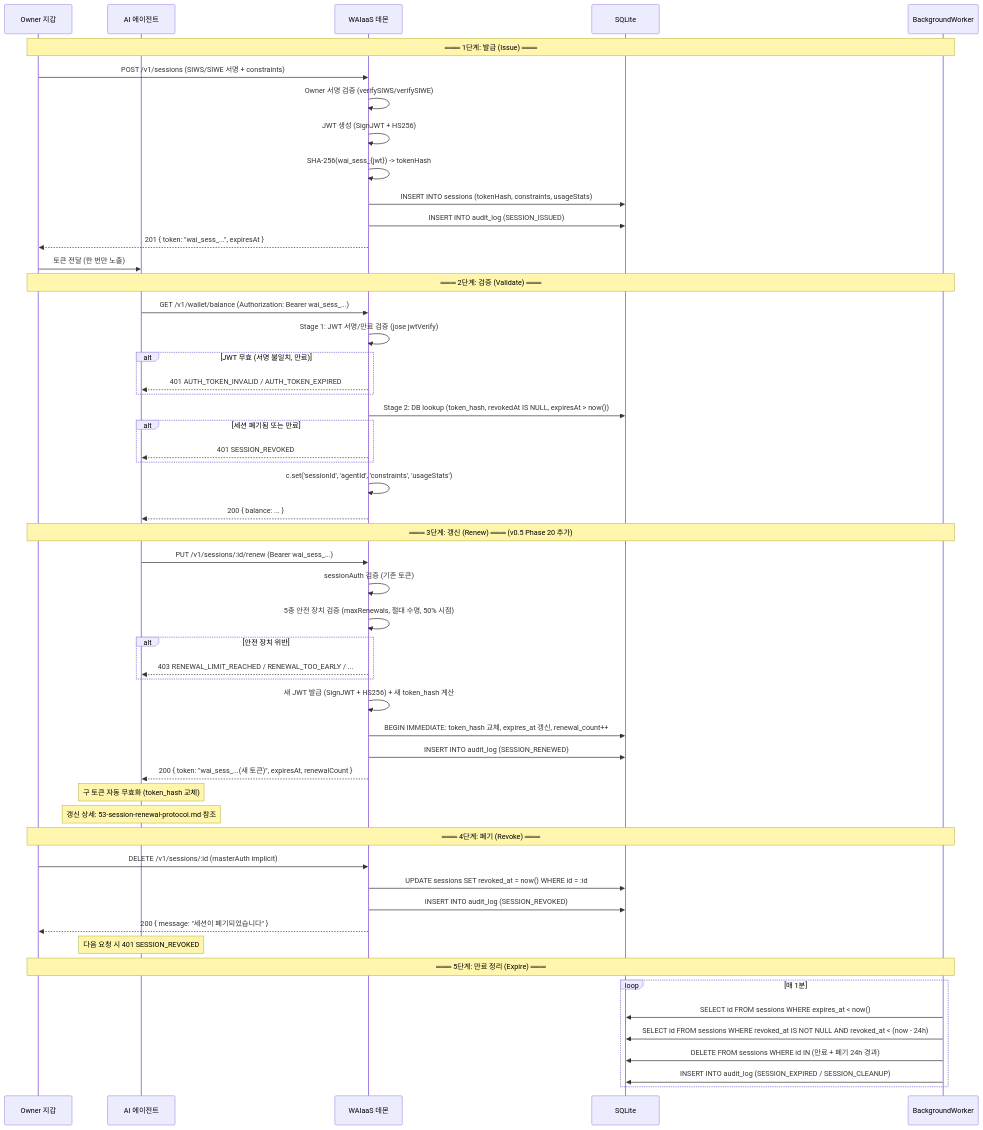
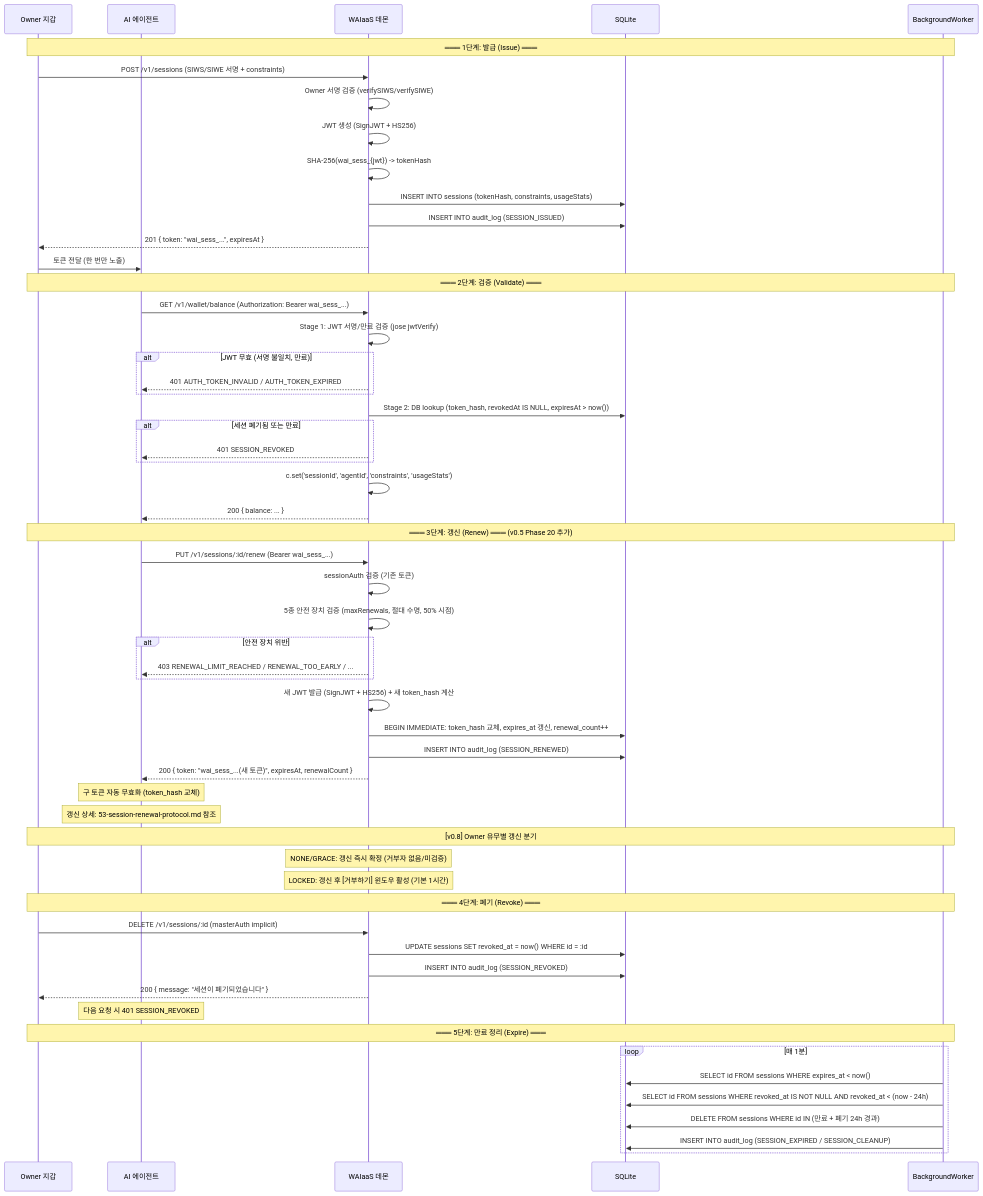
The third of 3 diagrams in .planning/deliverables/30-session-token-protocol.md (minhoyoo-iotrust/WAIaaS), drawn with Mermaid before and after one commit. The commit also changed other lines of this file and 3 other files, not shown here.

````diff
--- a/.planning/deliverables/30-session-token-protocol.md
+++ b/.planning/deliverables/30-session-token-protocol.md
@@ -1357,66 +1358,69 @@
 ```mermaid
 sequenceDiagram
     participant Owner as Owner 지갑
     participant Agent as AI 에이전트
     participant Server as WAIaaS 데몬
     participant DB as SQLite
     participant Worker as BackgroundWorker
 
     Note over Owner,Worker: ═══ 1단계: 발급 (Issue) ═══
 
     Owner->>Server: POST /v1/sessions (SIWS/SIWE 서명 + constraints)
     Server->>Server: Owner 서명 검증 (verifySIWS/verifySIWE)
     Server->>Server: JWT 생성 (SignJWT + HS256)
     Server->>Server: SHA-256(wai_sess_{jwt}) -> tokenHash
     Server->>DB: INSERT INTO sessions (tokenHash, constraints, usageStats)
     Server->>DB: INSERT INTO audit_log (SESSION_ISSUED)
     Server-->>Owner: 201 { token: "wai_sess_...", expiresAt }
     Owner->>Agent: 토큰 전달 (한 번만 노출)
 
     Note over Owner,Worker: ═══ 2단계: 검증 (Validate) ═══
 
     Agent->>Server: GET /v1/wallet/balance (Authorization: Bearer wai_sess_...)
     Server->>Server: Stage 1: JWT 서명/만료 검증 (jose jwtVerify)
     alt JWT 무효 (서명 불일치, 만료)
         Server-->>Agent: 401 AUTH_TOKEN_INVALID / AUTH_TOKEN_EXPIRED
     end
     Server->>DB: Stage 2: DB lookup (token_hash, revokedAt IS NULL, expiresAt > now())
     alt 세션 폐기됨 또는 만료
         Server-->>Agent: 401 SESSION_REVOKED
     end
     Server->>Server: c.set('sessionId', 'agentId', 'constraints', 'usageStats')
     Server-->>Agent: 200 { balance: ... }
 
     Note over Owner,Worker: ═══ 3단계: 갱신 (Renew) ═══ (v0.5 Phase 20 추가)
 
     Agent->>Server: PUT /v1/sessions/:id/renew (Bearer wai_sess_...)
     Server->>Server: sessionAuth 검증 (기존 토큰)
     Server->>Server: 5종 안전 장치 검증 (maxRenewals, 절대 수명, 50% 시점)
     alt 안전 장치 위반
         Server-->>Agent: 403 RENEWAL_LIMIT_REACHED / RENEWAL_TOO_EARLY / ...
     end
     Server->>Server: 새 JWT 발급 (SignJWT + HS256) + 새 token_hash 계산
     Server->>DB: BEGIN IMMEDIATE: token_hash 교체, expires_at 갱신, renewal_count++
     Server->>DB: INSERT INTO audit_log (SESSION_RENEWED)
     Server-->>Agent: 200 { token: "wai_sess_...(새 토큰)", expiresAt, renewalCount }
     Note over Agent: 구 토큰 자동 무효화 (token_hash 교체)
     Note over Agent: 갱신 상세: 53-session-renewal-protocol.md 참조
+    Note over Owner,Worker: [v0.8] Owner 유무별 갱신 분기
+    Note over Server: NONE/GRACE: 갱신 즉시 확정 (거부자 없음/미검증)
+    Note over Server: LOCKED: 갱신 후 [거부하기] 윈도우 활성 (기본 1시간)
 
     Note over Owner,Worker: ═══ 4단계: 폐기 (Revoke) ═══
 
     Owner->>Server: DELETE /v1/sessions/:id (masterAuth implicit)
     Server->>DB: UPDATE sessions SET revoked_at = now() WHERE id = :id
     Server->>DB: INSERT INTO audit_log (SESSION_REVOKED)
     Server-->>Owner: 200 { message: "세션이 폐기되었습니다" }
 
     Note over Agent: 다음 요청 시 401 SESSION_REVOKED
 
     Note over Owner,Worker: ═══ 5단계: 만료 정리 (Expire) ═══
 
     loop 매 1분
         Worker->>DB: SELECT id FROM sessions WHERE expires_at < now()
         Worker->>DB: SELECT id FROM sessions WHERE revoked_at IS NOT NULL AND revoked_at < (now - 24h)
         Worker->>DB: DELETE FROM sessions WHERE id IN (만료 + 폐기 24h 경과)
         Worker->>DB: INSERT INTO audit_log (SESSION_EXPIRED / SESSION_CLEANUP)
     end
 ```
````
